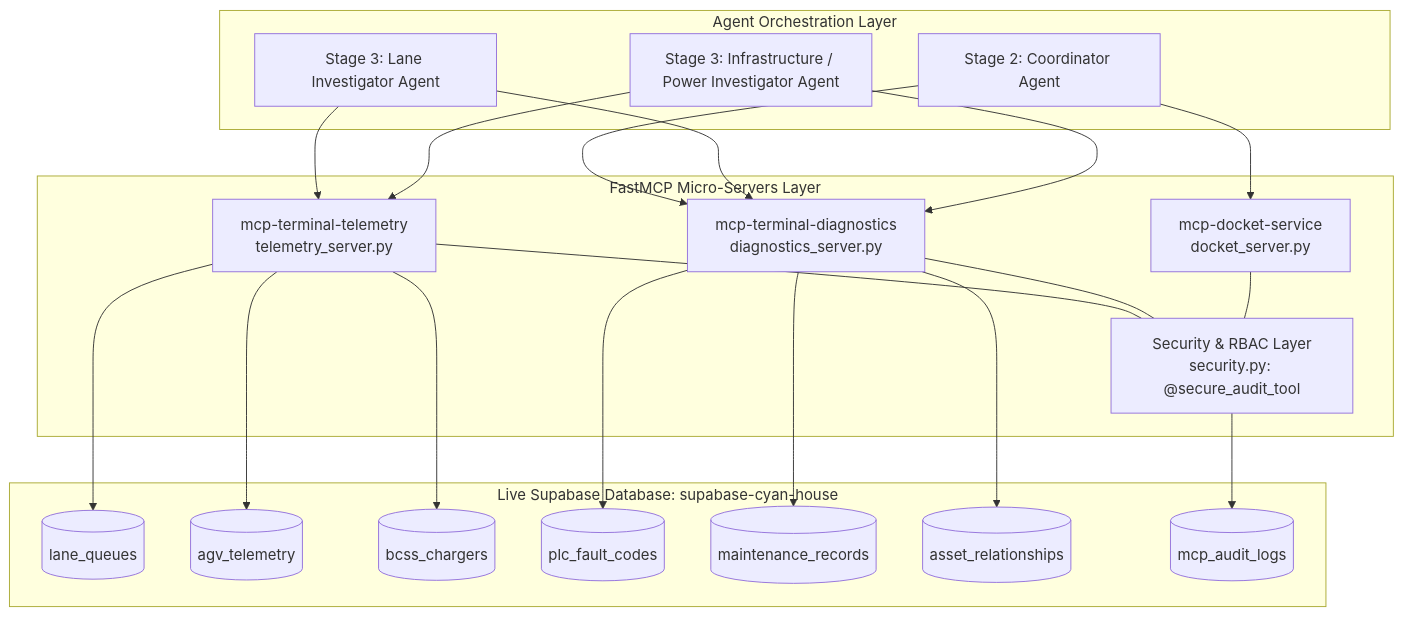
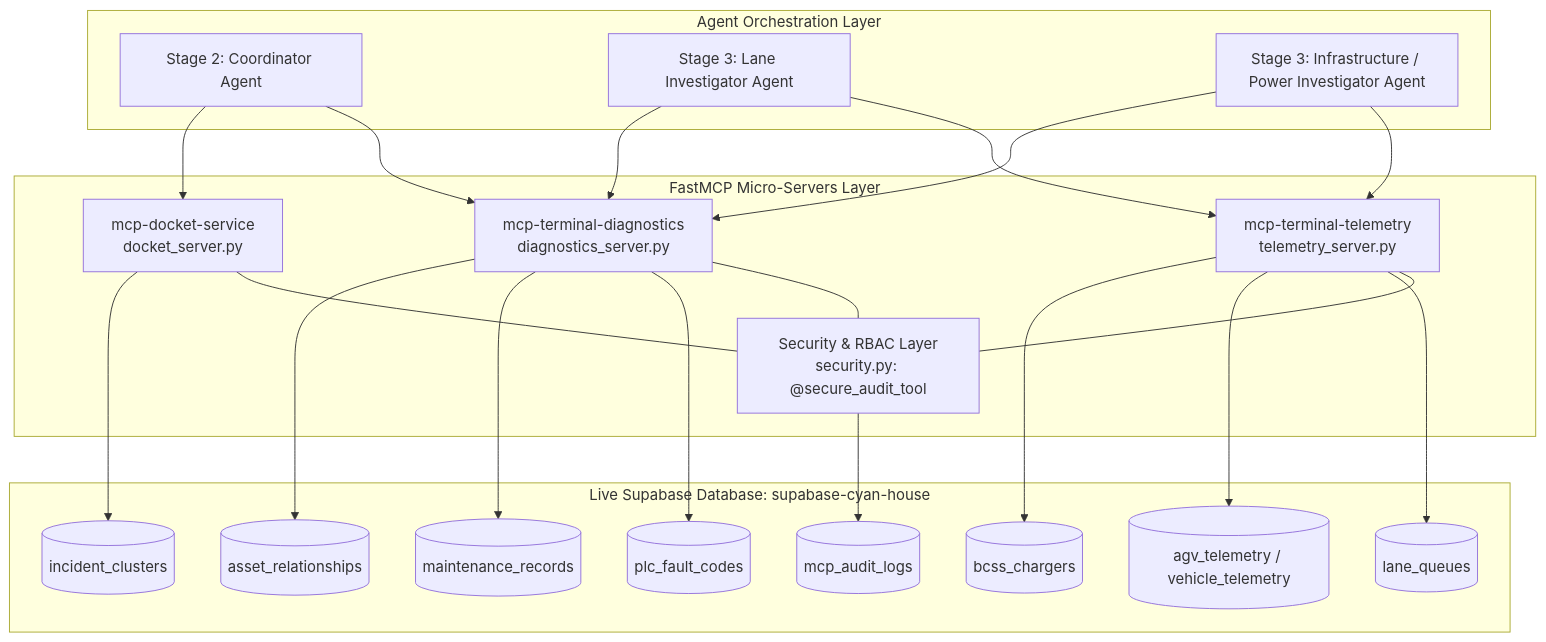
Before and after one commit to KidSmithy/psa_hackathon2026: the diagram in backend/mcp/mcp_setup_and_supabase_mapping.md, drawn with Mermaid. The commit also changed other lines of this file and 5 other files, not shown here.

````diff
--- a/backend/mcp/mcp_setup_and_supabase_mapping.md
+++ b/backend/mcp/mcp_setup_and_supabase_mapping.md
@@ -7,46 +10,48 @@
 ```mermaid
 graph TD
     subgraph Agent_Layer [Agent Orchestration Layer]
         A1[Stage 2: Coordinator Agent]
         A2[Stage 3: Lane Investigator Agent]
         A3[Stage 3: Infrastructure / Power Investigator Agent]
     end
 
     subgraph MCP_Microservers [FastMCP Micro-Servers Layer]
         S1[mcp-terminal-telemetry<br/>telemetry_server.py]
         S2[mcp-terminal-diagnostics<br/>diagnostics_server.py]
         S3[mcp-docket-service<br/>docket_server.py]
         SEC[Security & RBAC Layer<br/>security.py: @secure_audit_tool]
     end
 
     subgraph Supabase_DB [Live Supabase Database: supabase-cyan-house]
         T1[(lane_queues)]
-        T2[(agv_telemetry)]
+        T2[(agv_telemetry / vehicle_telemetry)]
         T3[(bcss_chargers)]
         T4[(plc_fault_codes)]
         T5[(maintenance_records)]
         T6[(asset_relationships)]
-        T7[(mcp_audit_logs)]
+        T7[(incident_clusters)]
+        T8[(mcp_audit_logs)]
     end
 
     A1 --> S2
     A1 --> S3
     A2 --> S1
     A2 --> S2
     A3 --> S1
     A3 --> S2
 
     S1 --- SEC
     S2 --- SEC
     S3 --- SEC
 
     S1 --> T1
     S1 --> T2
     S1 --> T3
 
     S2 --> T4
     S2 --> T5
     S2 --> T6
 
-    SEC --> T7
+    S3 --> T7
+    SEC --> T8
 ```
````
